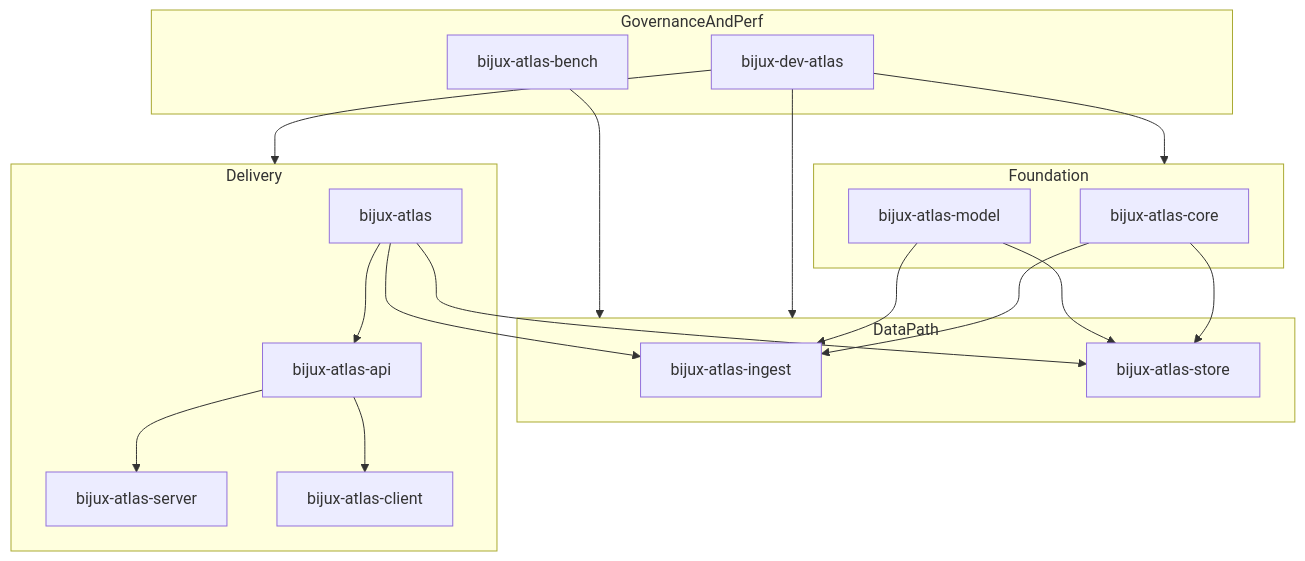
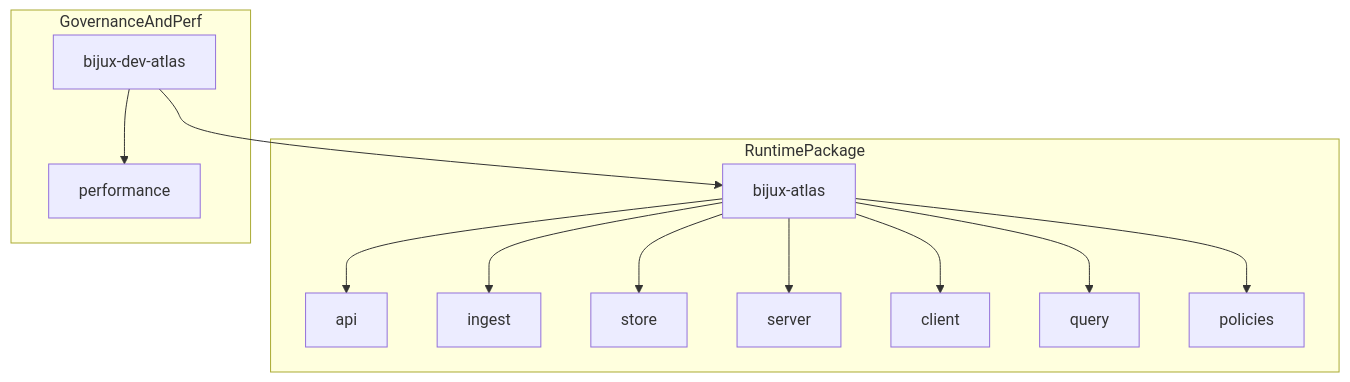
One commit to bijux/bijux-atlas changed the diagram in docs/architecture/why-this-structure-exists.md. Above: the diagram before and after it, drawn with Mermaid. The commit also changed other lines of this file and 16 other files, not shown here.

Commit message:
refactor(workspace): remove atlas bench crate

````diff
--- a/docs/architecture/why-this-structure-exists.md
+++ b/docs/architecture/why-this-structure-exists.md
@@ -95,34 +95,26 @@
 ```mermaid
 flowchart TD
-  subgraph Foundation
-    C[bijux-atlas-core]
-    M[bijux-atlas-model]
-  end
-  subgraph DataPath
-    I[bijux-atlas-ingest]
-    S[bijux-atlas-store]
-  end
-  subgraph Delivery
-    A[bijux-atlas-api]
-    SRV[bijux-atlas-server]
+  subgraph RuntimePackage
     CLI[bijux-atlas]
-    CLT[bijux-atlas-client]
+    API[api]
+    INGEST[ingest]
+    STORE[store]
+    SERVER[server]
+    CLIENT[client]
+    QUERY[query]
+    POLICY[policies]
   end
   subgraph GovernanceAndPerf
     DEV[bijux-dev-atlas]
-    B[bijux-atlas-bench]
+    PERF[performance]
   end
-  C --> I
-  C --> S
-  M --> I
-  M --> S
-  CLI --> I
-  CLI --> S
-  A --> SRV
-  A --> CLT
-  CLI --> A
-  DEV --> Foundation
-  DEV --> DataPath
-  DEV --> Delivery
-  B --> DataPath
+  CLI --> API
+  CLI --> INGEST
+  CLI --> STORE
+  CLI --> SERVER
+  CLI --> CLIENT
+  CLI --> QUERY
+  CLI --> POLICY
+  DEV --> CLI
+  DEV --> PERF
 ```
````
